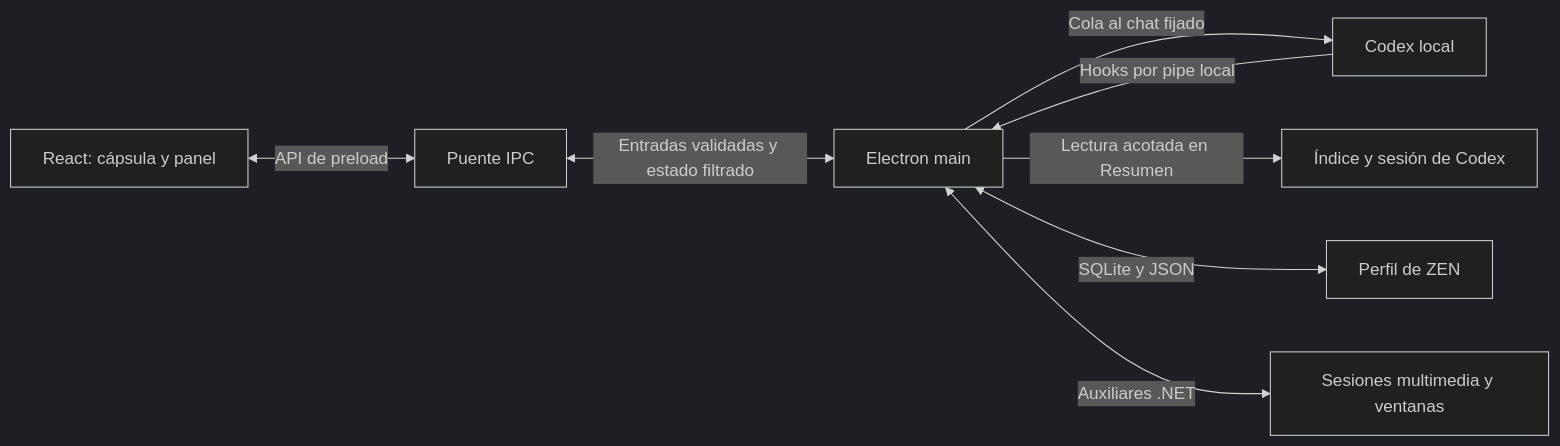
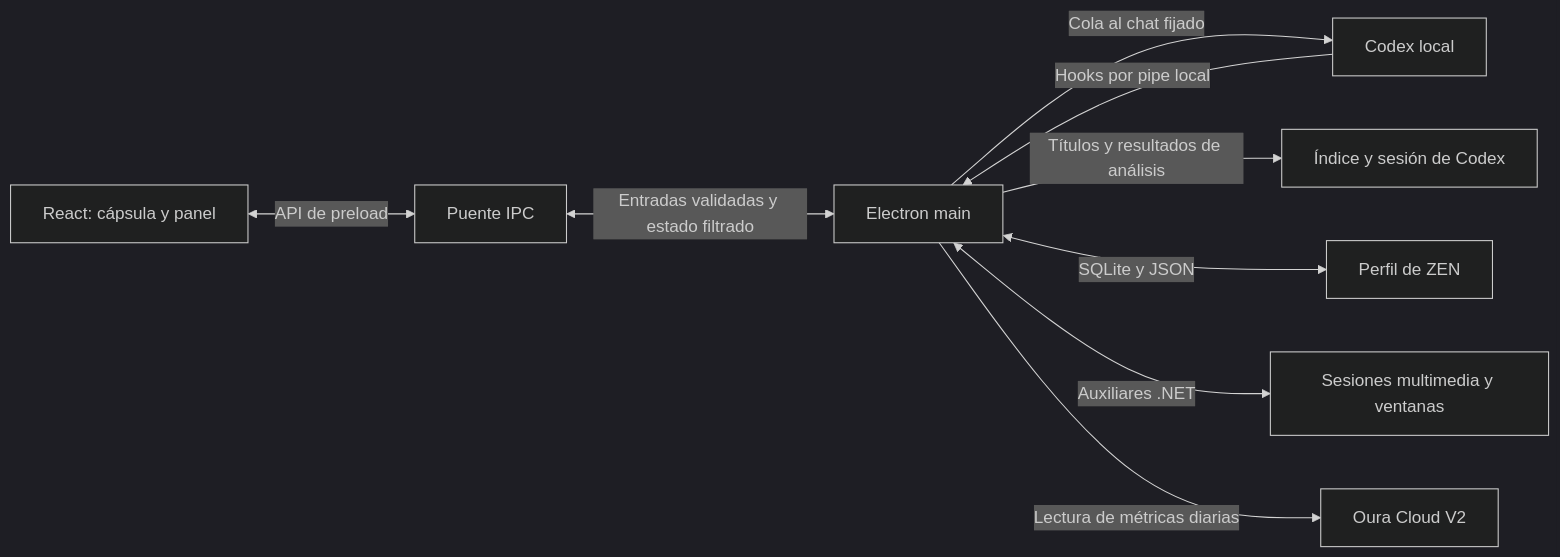
The diagram in docs/ARCHITECTURE.md (SammElias/ZeN), drawn with Mermaid (dark theme) before and after one commit. The commit also changed other lines of this file and 167 other files, not shown here.

````diff
--- a/docs/ARCHITECTURE.md
+++ b/docs/ARCHITECTURE.md
@@ -22,10 +26,11 @@
 ```mermaid
 flowchart LR
     UI["React: cápsula y panel"] <-->|"API de preload"| IPC["Puente IPC"]
     IPC <-->|"Entradas validadas y estado filtrado"| Main["Electron main"]
     Main -->|"Cola al chat fijado"| Codex["Codex local"]
     Codex -->|"Hooks por pipe local"| Main
-    Main -->|"Lectura acotada en Resumen"| History["Índice y sesión de Codex"]
+    Main -->|"Títulos y resultados de análisis"| History["Índice y sesión de Codex"]
     Main <-->|"SQLite y JSON"| Profile["Perfil de ZEN"]
     Main <-->|"Auxiliares .NET"| Windows["Sesiones multimedia y ventanas"]
+    Main -->|"Lectura de métricas diarias"| Oura["Oura Cloud V2"]
 ```
````
